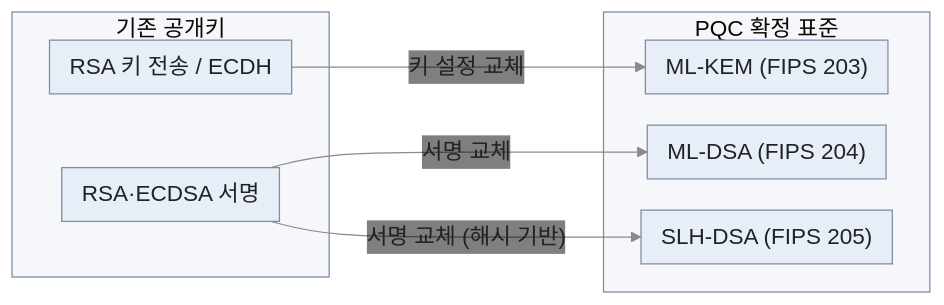
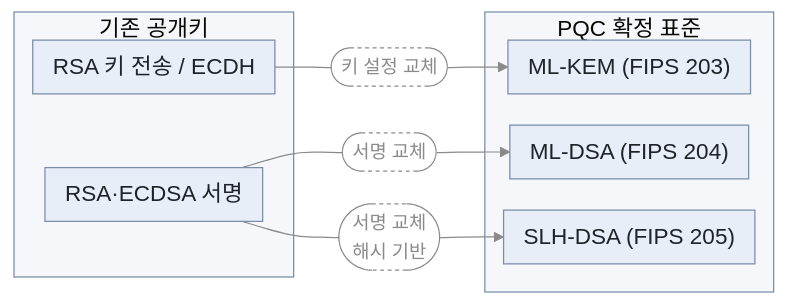
The fourth of 4 diagrams in security-fundamentals/cryptography/asymmetric-encryption.md (secututor/security-knowledge-base), drawn with Mermaid before and after one commit. The commit also changed other lines of this file and 27 other files, not shown here.

Commit message:
docs: Mermaid 설명형 화살표 라벨을 보조 노드로 분리, 짧은 라벨 상자 복원

````diff
--- a/security-fundamentals/cryptography/asymmetric-encryption.md
+++ b/security-fundamentals/cryptography/asymmetric-encryption.md
@@ -166,16 +166,18 @@
 ```mermaid
-%%{init: {"theme": "base", "themeVariables": {"fontSize": "18px", "primaryColor": "#e8eef7", "primaryTextColor": "#1f2328", "primaryBorderColor": "#7a8ca8", "secondaryColor": "#eef1f5", "tertiaryColor": "#f5f7fa", "lineColor": "#8a8a8a", "edgeLabelBackground": "transparent", "textColor": "#8a8a8a", "transitionLabelColor": "#8a8a8a", "clusterBkg": "#f5f7fa", "clusterBorder": "#7a8ca8", "actorBkg": "#e8eef7", "actorBorder": "#7a8ca8", "actorTextColor": "#1f2328", "actorLineColor": "#8a8a8a", "signalColor": "#8a8a8a", "signalTextColor": "#8a8a8a", "noteBkgColor": "#fff8dc", "noteTextColor": "#1f2328", "noteBorderColor": "#c9b458"}, "flowchart": {"nodeSpacing": 25, "rankSpacing": 60, "padding": 8}, "sequence": {"width": 110, "height": 40, "boxMargin": 6, "noteMargin": 6, "actorMargin": 40}}}%%
+%%{init: {"theme": "base", "themeVariables": {"fontSize": "18px", "primaryColor": "#e8eef7", "primaryTextColor": "#1f2328", "primaryBorderColor": "#7a8ca8", "secondaryColor": "#eef1f5", "tertiaryColor": "#f5f7fa", "lineColor": "#8a8a8a", "edgeLabelBackground": "#eef1f5", "clusterBkg": "#f5f7fa", "clusterBorder": "#7a8ca8", "actorBkg": "#e8eef7", "actorBorder": "#7a8ca8", "actorTextColor": "#1f2328", "actorLineColor": "#8a8a8a", "signalColor": "#8a8a8a", "signalTextColor": "#8a8a8a", "noteBkgColor": "#fff8dc", "noteTextColor": "#1f2328", "noteBorderColor": "#c9b458"}, "flowchart": {"nodeSpacing": 25, "rankSpacing": 30, "padding": 8}, "sequence": {"width": 110, "height": 40, "boxMargin": 6, "noteMargin": 6, "actorMargin": 40}}}%%
 flowchart LR
     subgraph CLASSIC["기존 공개키"]
         R1["RSA 키 전송 / ECDH"]
         R2["RSA·ECDSA 서명"]
     end
     subgraph PQ["PQC 확정 표준"]
         P1["ML-KEM (FIPS 203)"]
         P2["ML-DSA (FIPS 204)"]
         P3["SLH-DSA (FIPS 205)"]
     end
-    R1 -->|"키 설정 교체"| P1
-    R2 -->|"서명 교체"| P2
-    R2 -->|"서명 교체 (해시 기반)"| P3
+    R1 --- A1(["키 설정 교체"]) --> P1
+    R2 --- A2(["서명 교체"]) --> P2
+    R2 --- A3(["서명 교체<br>해시 기반"]) --> P3
+    classDef aux fill:transparent,stroke:#8a8a8a,stroke-dasharray:3 3,color:#8a8a8a,font-size:15px
+    class A1,A2,A3 aux
 ```
````
